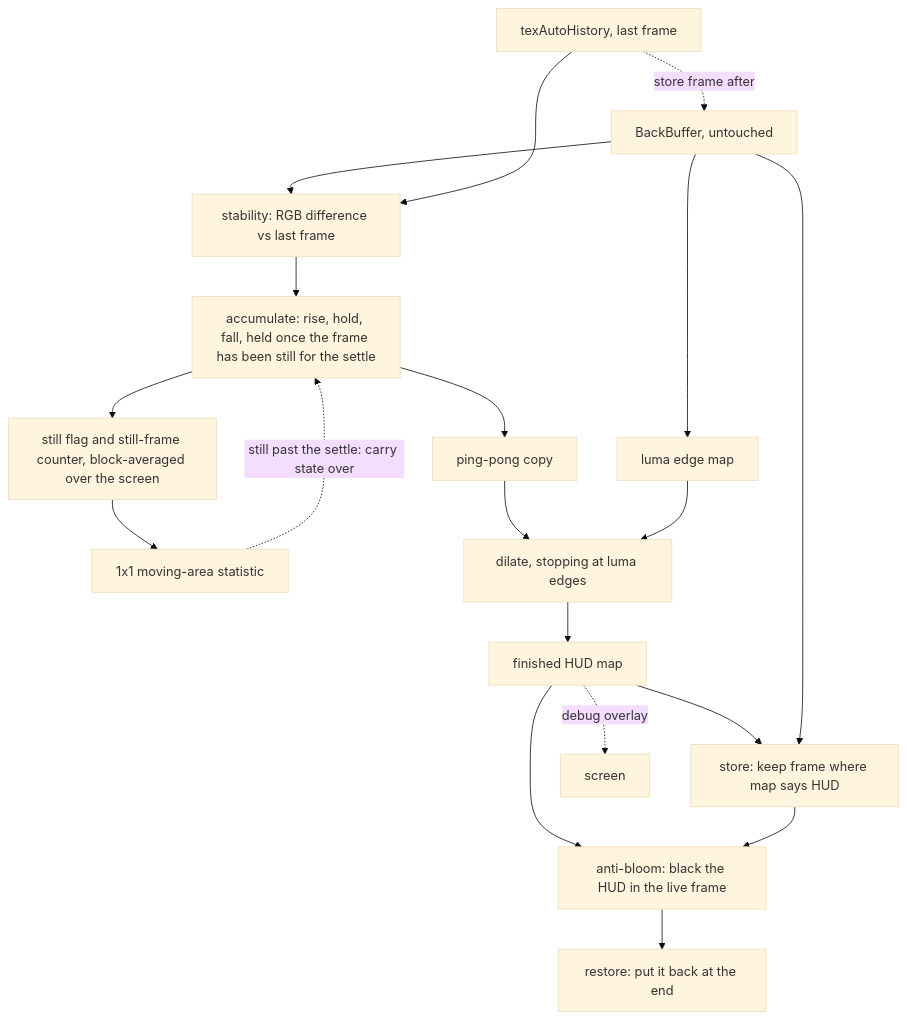
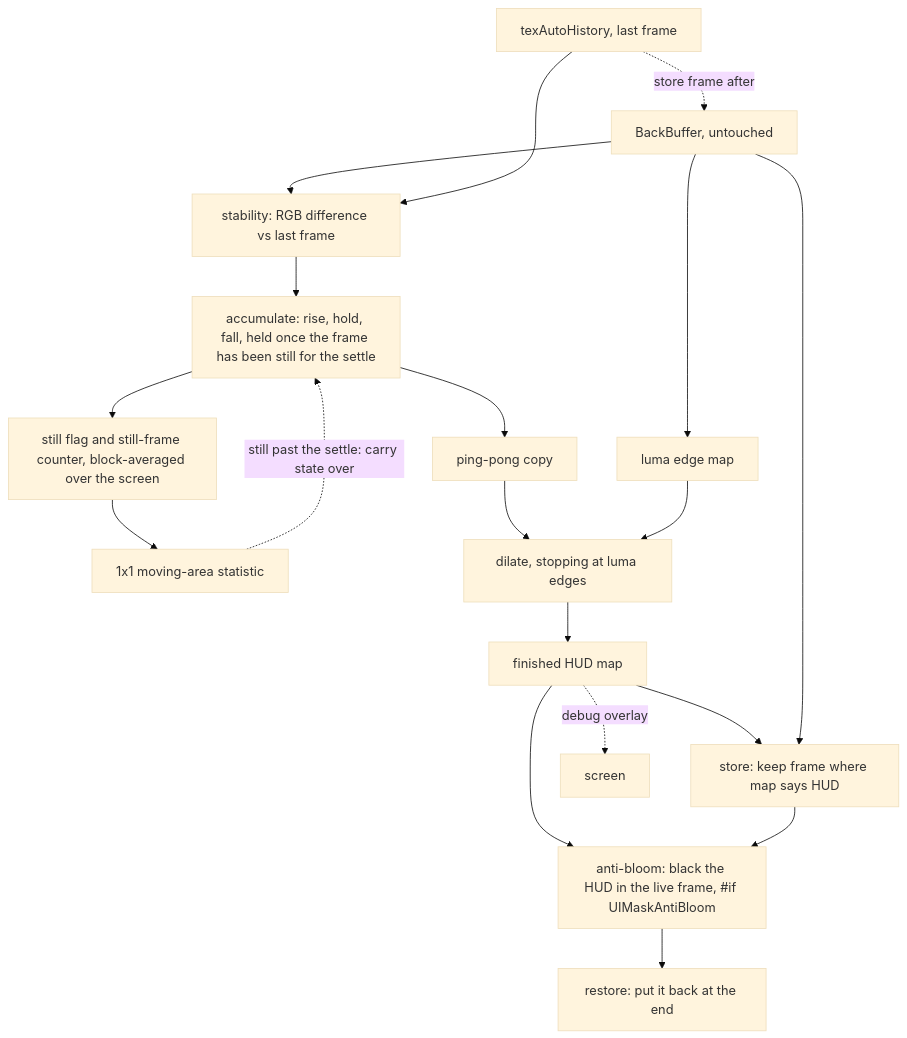
Before and after one commit to facboy/auto-mask-shader: the diagram in .junie/plans/auto-mask-shader.md, drawn with Mermaid (base theme). The commit also changed other lines of this file and 1 other file, not shown here.

````diff
--- a/.junie/plans/auto-mask-shader.md
+++ b/.junie/plans/auto-mask-shader.md
@@ -90,21 +90,21 @@
 ```mermaid
 graph TD
   BB[BackBuffer, untouched] --> STB[stability: RGB difference vs last frame]
   HIST[texAutoHistory, last frame] --> STB
   STB --> ACC[accumulate: rise, hold, fall, held once the frame has been still for the settle]
   ACC --> FLG[still flag and still-frame counter, block-averaged over the screen]
   FLG --> MSTAT[1x1 moving-area statistic]
   MSTAT -.->|still past the settle: carry state over| ACC
   ACC --> PP[ping-pong copy]
   PP --> DIL[dilate, stopping at luma edges]
   BB --> EDG[luma edge map]
   EDG --> DIL
   DIL --> MAP[finished HUD map]
   MAP --> STORE[store: keep frame where map says HUD]
   BB --> STORE
-  MAP --> AB[anti-bloom: black the HUD in the live frame]
+  MAP --> AB[anti-bloom: black the HUD in the live frame, #if UIMaskAntiBloom]
   STORE --> AB
   AB --> REST[restore: put it back at the end]
   HIST -.->|store frame after| BB
   MAP -.->|debug overlay| OUT[screen]
 ```
````
